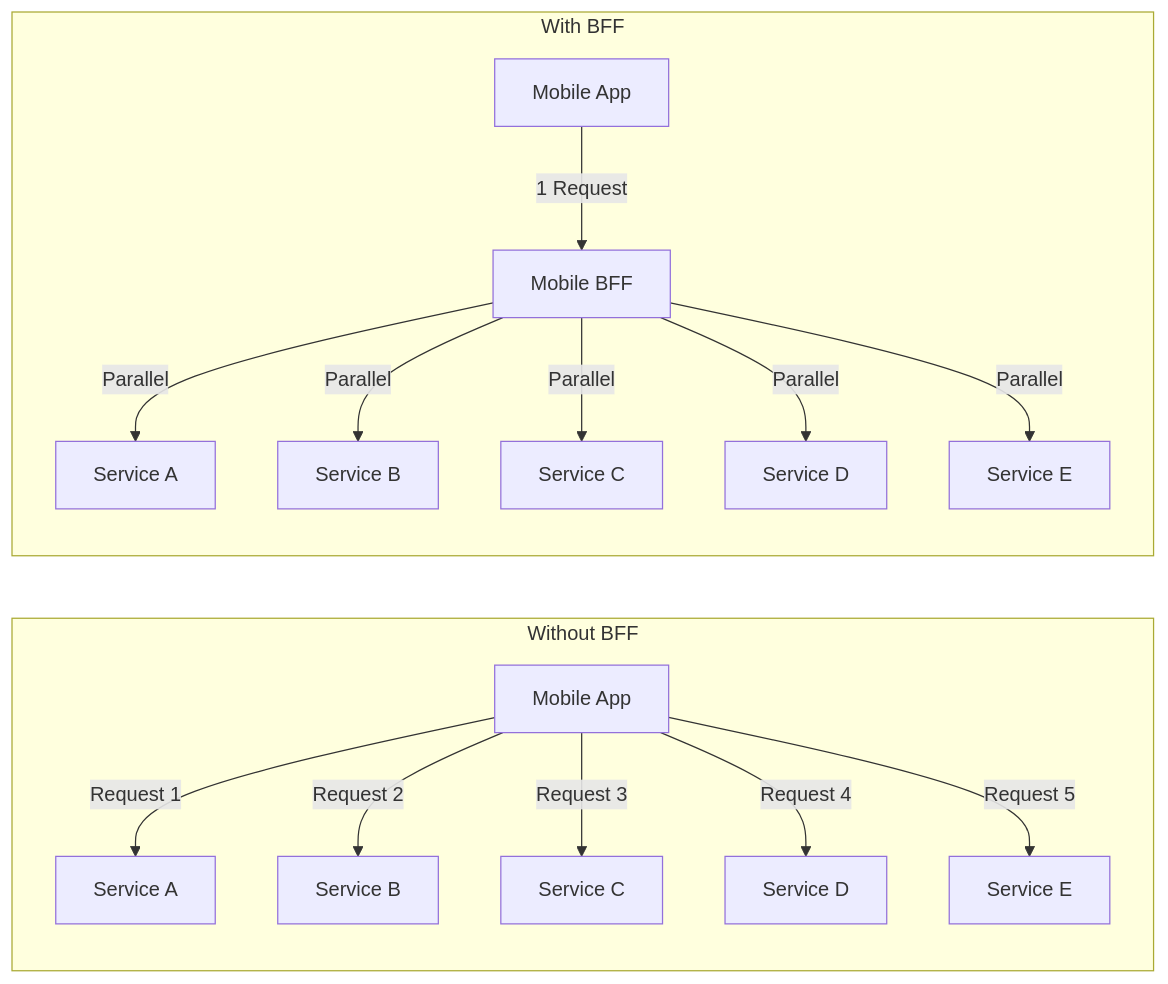
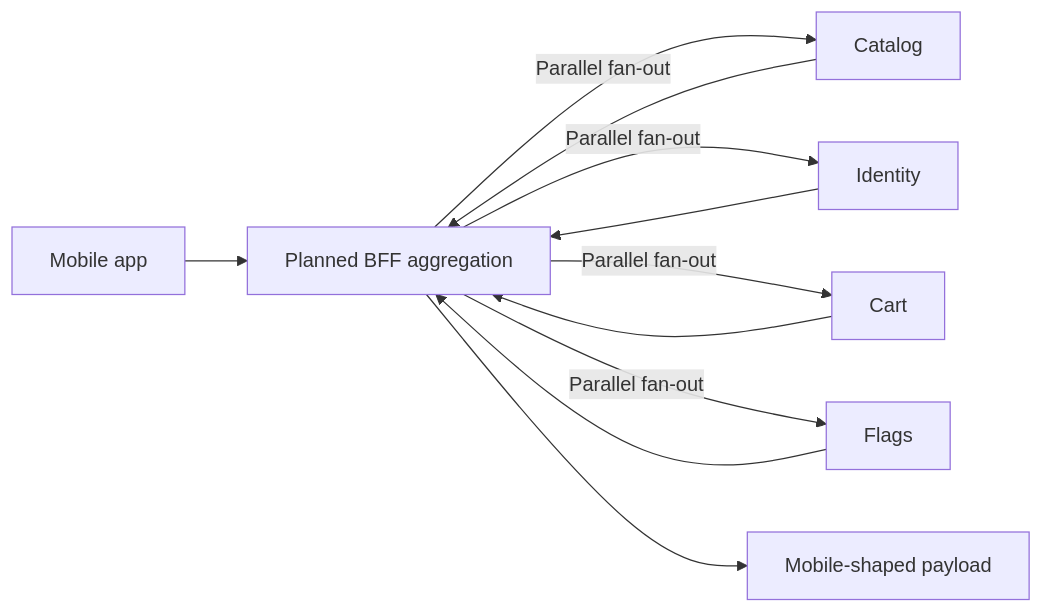
Before and after one commit to sunitakeazycommerz-a11y/InstaCommerce: the fifth of 5 diagrams in services/mobile-bff-service/README.md, drawn with Mermaid. The commit also changed other lines of this file and 1 other file, not shown here.

````diff
--- a/services/mobile-bff-service/README.md
+++ b/services/mobile-bff-service/README.md
@@ -106,19 +104,13 @@
 ```mermaid
 flowchart LR
-    subgraph Without BFF
-        M1[Mobile App] -->|Request 1| S1[Service A]
-        M1 -->|Request 2| S2[Service B]
-        M1 -->|Request 3| S3[Service C]
-        M1 -->|Request 4| S4[Service D]
-        M1 -->|Request 5| S5[Service E]
-    end
-
-    subgraph With BFF
-        M2[Mobile App] -->|1 Request| BFF[Mobile BFF]
-        BFF -->|Parallel| S6[Service A]
-        BFF -->|Parallel| S7[Service B]
-        BFF -->|Parallel| S8[Service C]
-        BFF -->|Parallel| S9[Service D]
-        BFF -->|Parallel| S10[Service E]
-    end
+    APP[Mobile app] --> BFF[Planned BFF aggregation]
+    BFF -->|Parallel fan-out| CAT[Catalog]
+    BFF -->|Parallel fan-out| ID[Identity]
+    BFF -->|Parallel fan-out| CART2[Cart]
+    BFF -->|Parallel fan-out| FLAGS[Flags]
+    CAT --> BFF
+    ID --> BFF
+    CART2 --> BFF
+    FLAGS --> BFF
+    BFF --> RES[Mobile-shaped payload]
 ```
````
